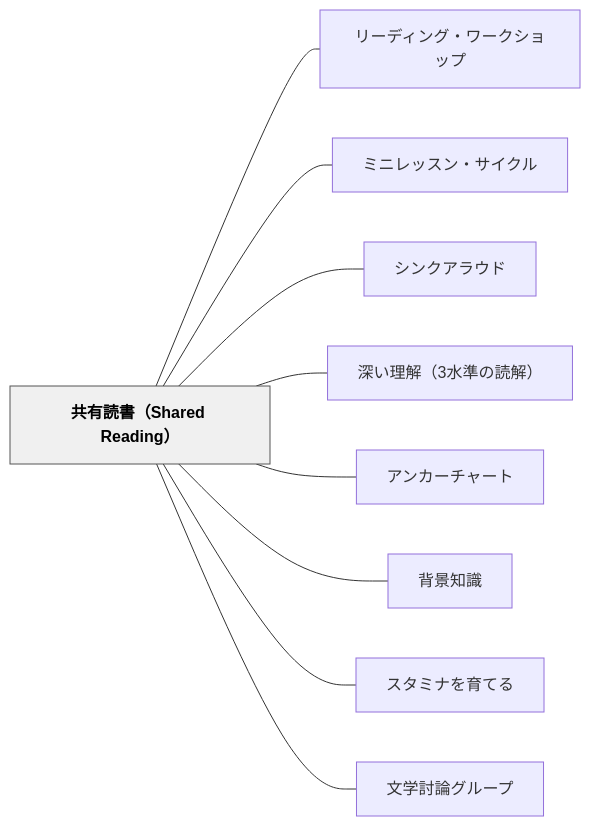
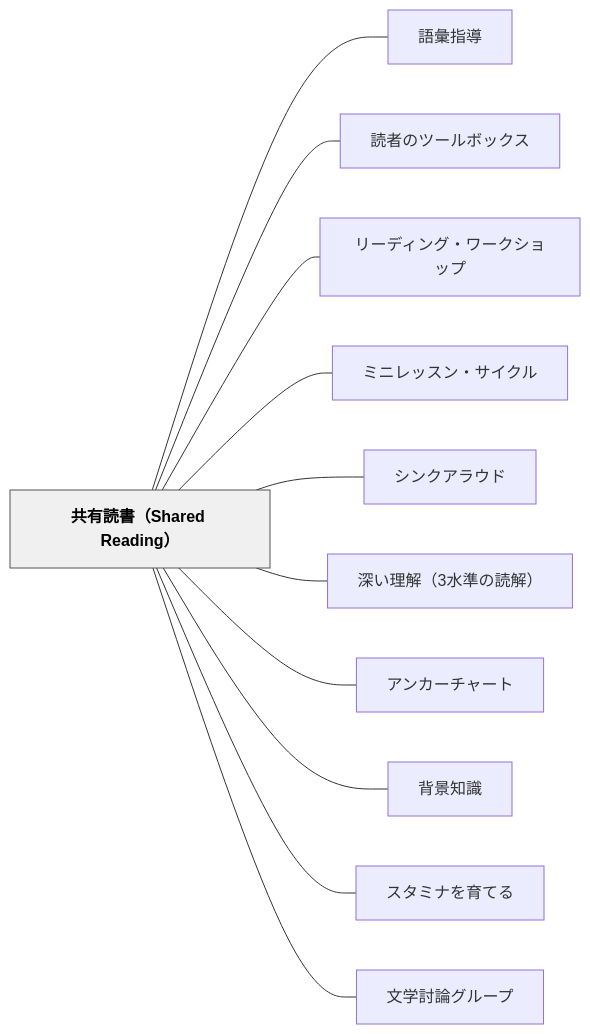
The diagram in content/パタン/共有読書（Shared Reading）.md (unknownthings-ed-patterns/unknownthings-ed-patterns), drawn with Mermaid before and after one commit. The commit also changed other lines of this file and 473 other files, not shown here.

````diff
--- a/content/パタン/共有読書（Shared Reading）.md
+++ b/content/パタン/共有読書（Shared Reading）.md
@@ -180,24 +182,28 @@
 ```mermaid
 flowchart LR
     ne585b1e69c89["共有読書（Shared Reading）"]
+    ne8aa9ee5bd99["語彙指導"]
+    ne8aaade88085["読者のツールボックス"]
     ne383aae383bc["リーディング・ワークショップ"]
     ne3839fe3838b["ミニレッスン・サイクル"]
     ne382b7e383b3["シンクアラウド"]
     ne6b7b1e38184["深い理解（3水準の読解）"]
     ne382a2e383b3["アンカーチャート"]
     ne8838ce699af["背景知識"]
     ne382b9e382bf["スタミナを育てる"]
     ne69687e5ada6["文学討論グループ"]
 
+    ne585b1e69c89 --- ne8aa9ee5bd99
+    ne585b1e69c89 --- ne8aaade88085
     ne585b1e69c89 --- ne383aae383bc
     ne585b1e69c89 --- ne3839fe3838b
     ne585b1e69c89 --- ne382b7e383b3
     ne585b1e69c89 --- ne6b7b1e38184
     ne585b1e69c89 --- ne382a2e383b3
     ne585b1e69c89 --- ne8838ce699af
     ne585b1e69c89 --- ne382b9e382bf
     ne585b1e69c89 --- ne69687e5ada6
 
     classDef hub fill:#f0f0f0,stroke:#555,color:#000,font-weight:bold
     class ne585b1e69c89 hub
 ```
````
